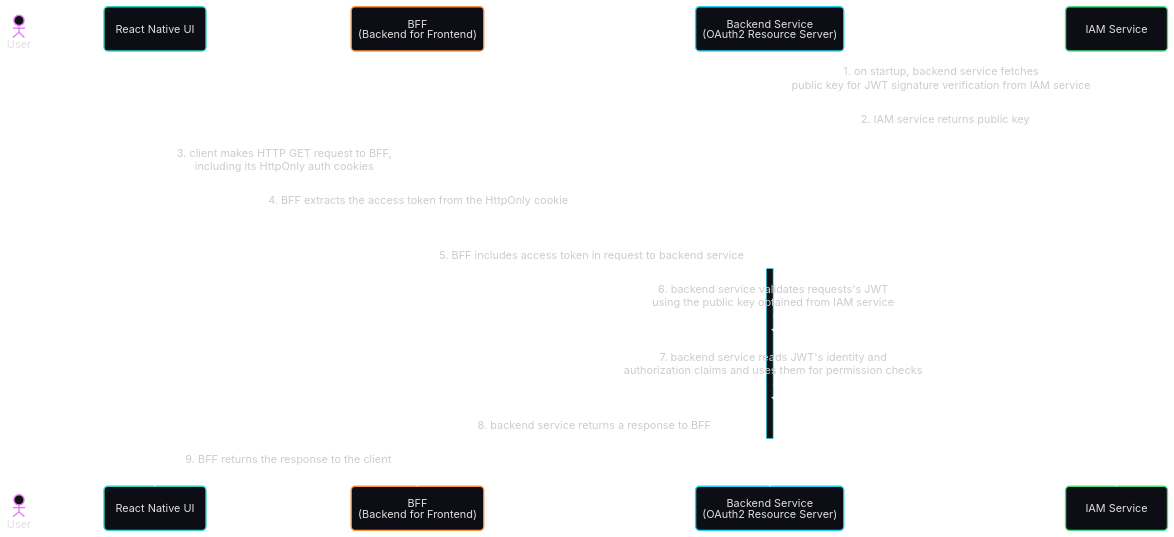
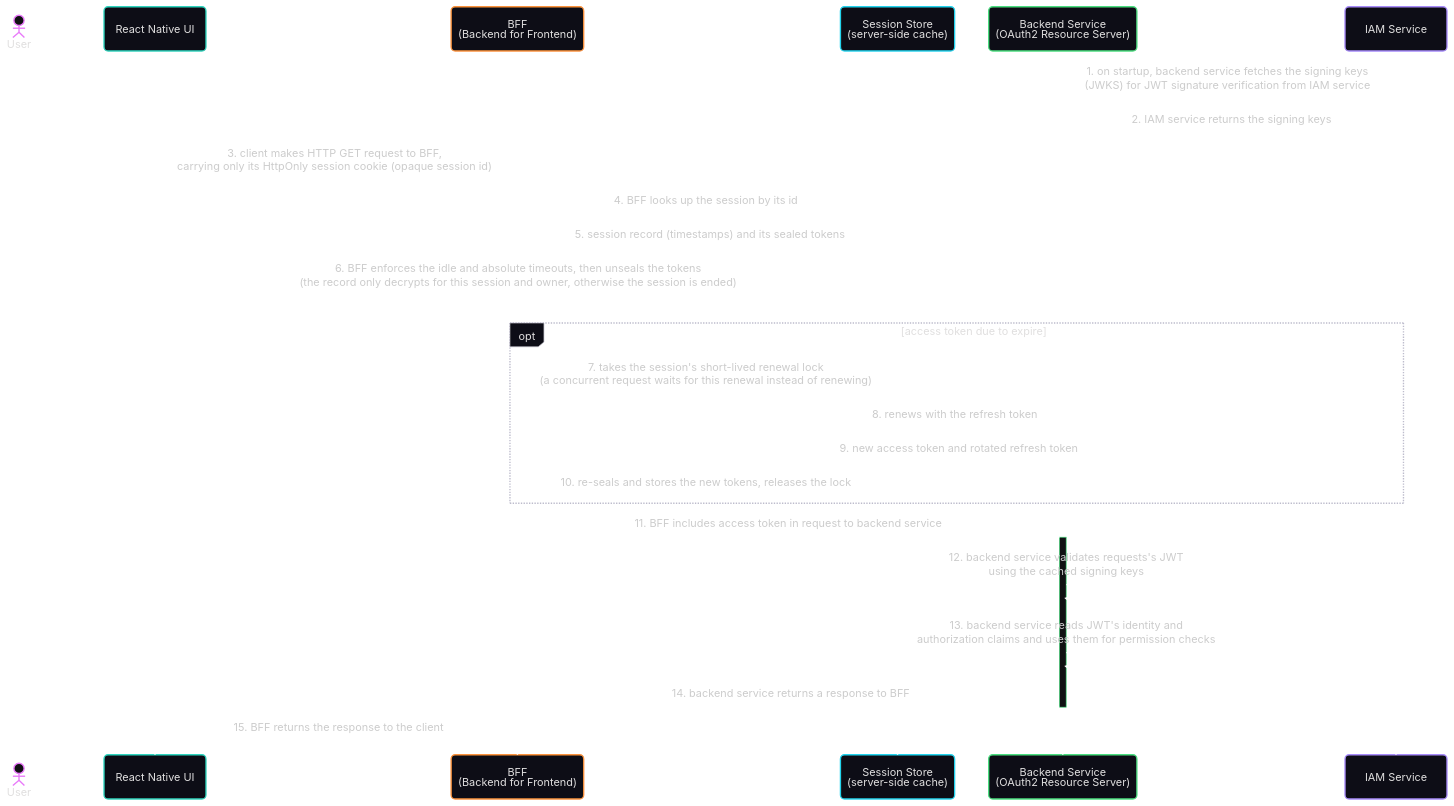
One commit to jumbleknot/MovieCollectionManager changed the fourth of 5 diagrams in .specify/memory/constitution.md. Above: the diagram before and after it, drawn with Mermaid. The commit also changed other lines of this file and 1 other file, not shown here.

First line of the commit message:
docs(constitution): amend to v2.11.0 — session rules and server-held-token auth diagrams

````diff
--- a/.specify/memory/constitution.md
+++ b/.specify/memory/constitution.md
@@ -930,25 +936,34 @@
 ```mermaid
 ---
 config:
   theme: redux-dark-color
   look: neo
 ---
 sequenceDiagram
   actor User
   participant ReactNativeUI as React Native UI
   participant BFF as BFF<br/>(Backend for Frontend)
+  participant Store as Session Store<br/>(server-side cache)
   participant Backend as Backend Service<br/>(OAuth2 Resource Server)
   participant IAM as IAM Service
 
-  Backend->>IAM: 1. on startup, backend service fetches<br/>public key for JWT signature verification from IAM service
-  IAM-->>Backend: 2. IAM service returns public key
-  ReactNativeUI->>BFF: 3. client makes HTTP GET request to BFF,<br/>including its HttpOnly auth cookies
-  BFF->>BFF: 4. BFF extracts the access token from the HttpOnly cookie
-  BFF->>Backend: 5. BFF includes access token in request to backend service
+  Backend->>IAM: 1. on startup, backend service fetches the signing keys<br/>(JWKS) for JWT signature verification from IAM service
+  IAM-->>Backend: 2. IAM service returns the signing keys
+  ReactNativeUI->>BFF: 3. client makes HTTP GET request to BFF,<br/>carrying only its HttpOnly session cookie (opaque session id)
+  BFF->>Store: 4. BFF looks up the session by its id
+  Store-->>BFF: 5. session record (timestamps) and its sealed tokens
+  BFF->>BFF: 6. BFF enforces the idle and absolute timeouts, then unseals the tokens<br/>(the record only decrypts for this session and owner, otherwise the session is ended)
+  opt access token due to expire
+    BFF->>Store: 7. takes the session's short-lived renewal lock<br/>(a concurrent request waits for this renewal instead of renewing)
+    BFF->>IAM: 8. renews with the refresh token
+    IAM-->>BFF: 9. new access token and rotated refresh token
+    BFF->>Store: 10. re-seals and stores the new tokens, releases the lock
+  end
+  BFF->>Backend: 11. BFF includes access token in request to backend service
   activate Backend
-  Backend->>Backend: 6. backend service validates requests's JWT<br/>using the public key obtained from IAM service
-  Backend->>Backend: 7. backend service reads JWT's identity and<br/>authorization claims and uses them for permission checks
-  Backend-->>BFF: 8. backend service returns a response to BFF
+  Backend->>Backend: 12. backend service validates requests's JWT<br/>using the cached signing keys
+  Backend->>Backend: 13. backend service reads JWT's identity and<br/>authorization claims and uses them for permission checks
+  Backend-->>BFF: 14. backend service returns a response to BFF
   deactivate Backend
-  BFF-->>ReactNativeUI: 9. BFF returns the response to the client
+  BFF-->>ReactNativeUI: 15. BFF returns the response to the client
 ```
````
